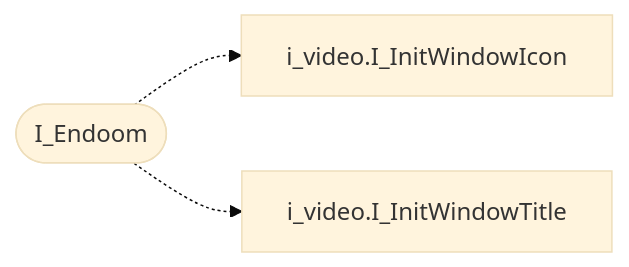
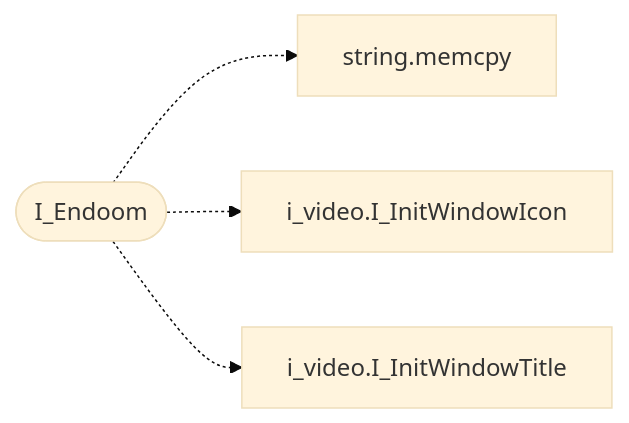
The diagram in readmenator-apidocs/modules/progs.doomgeneric.i_endoom.c.md (grisuno/miniOS), drawn with Mermaid (base theme) before and after one commit. The commit also changed other lines of this file and 222 other files, not shown here.

````diff
--- a/readmenator-apidocs/modules/progs.doomgeneric.i_endoom.c.md
+++ b/readmenator-apidocs/modules/progs.doomgeneric.i_endoom.c.md
@@ -18,8 +18,10 @@
 ```mermaid
 flowchart LR
     n_progs_doomgeneric_i_endoom_c__I_Endoom(["I_Endoom"])
+    n_kernel_string_c__memcpy["string.memcpy"]
     n_progs_doomgeneric_i_video_h__I_InitWindowIcon["i_video.I_InitWindowIcon"]
     n_progs_doomgeneric_i_video_h__I_InitWindowTitle["i_video.I_InitWindowTitle"]
+    n_progs_doomgeneric_i_endoom_c__I_Endoom -.-> n_kernel_string_c__memcpy
     n_progs_doomgeneric_i_endoom_c__I_Endoom -.-> n_progs_doomgeneric_i_video_h__I_InitWindowIcon
     n_progs_doomgeneric_i_endoom_c__I_Endoom -.-> n_progs_doomgeneric_i_video_h__I_InitWindowTitle
 ```
````
